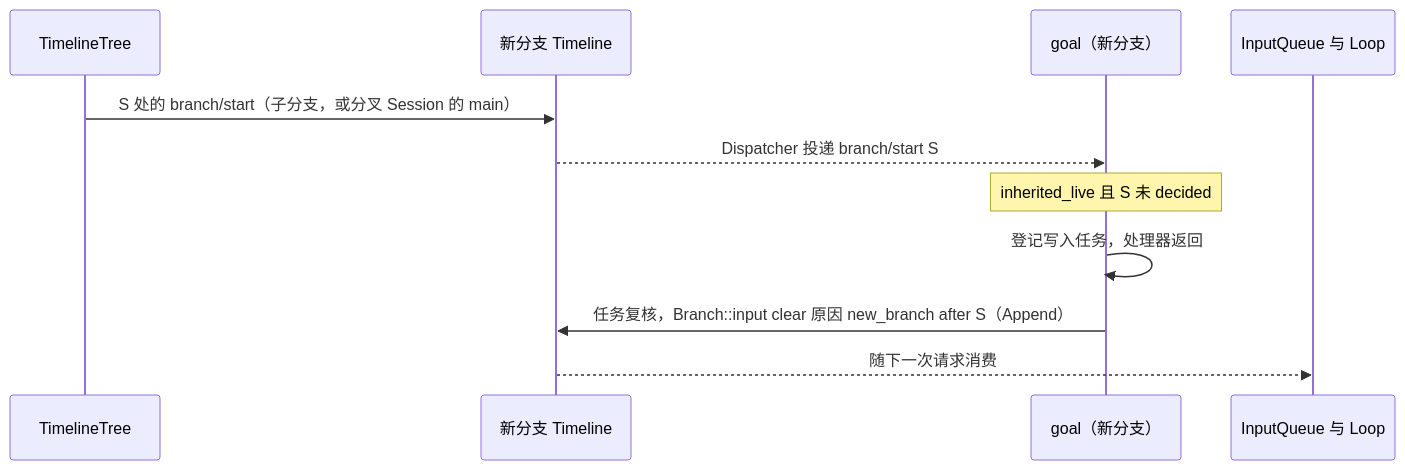
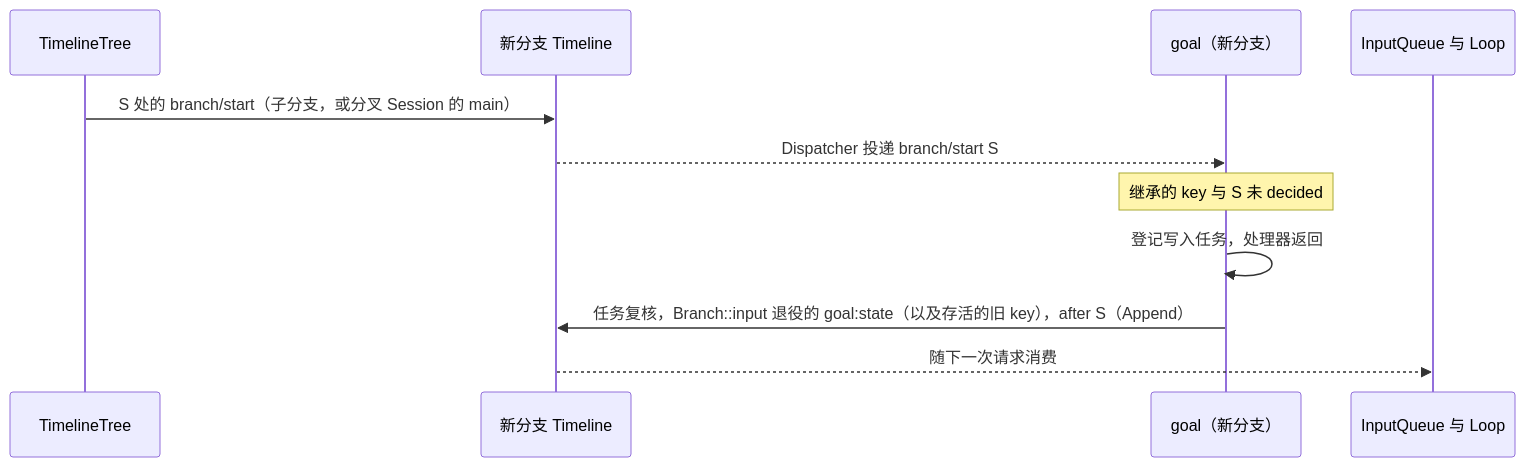
The sixth of 7 diagrams in docs/zh/design/plugins/Goal.md (CoutinhoTTS/dim-agent), drawn with Mermaid before and after one commit. The commit also changed other lines of this file and 229 other files, not shown here.

First line of the commit message:
refactor(timeline): query properties and bound history consumers

````diff
--- a/docs/zh/design/plugins/Goal.md
+++ b/docs/zh/design/plugins/Goal.md
@@ -171,13 +179,13 @@
 ```mermaid
 sequenceDiagram
   participant TT as TimelineTree
   participant TL as 新分支 Timeline
   participant G as goal（新分支）
   participant IQ as InputQueue 与 Loop
   TT->>TL: S 处的 branch/start（子分支，或分叉 Session 的 main）
   TL-->>G: Dispatcher 投递 branch/start S
-  Note over G: inherited_live 且 S 未 decided
+  Note over G: 继承的 key 与 S 未 decided
   G->>G: 登记写入任务，处理器返回
-  G->>TL: 任务复核，Branch::input clear 原因 new_branch after S（Append）
+  G->>TL: 任务复核，Branch::input 退役的 goal:state（以及存活的旧 key），after S（Append）
   TL-->>IQ: 随下一次请求消费
 ```
````
